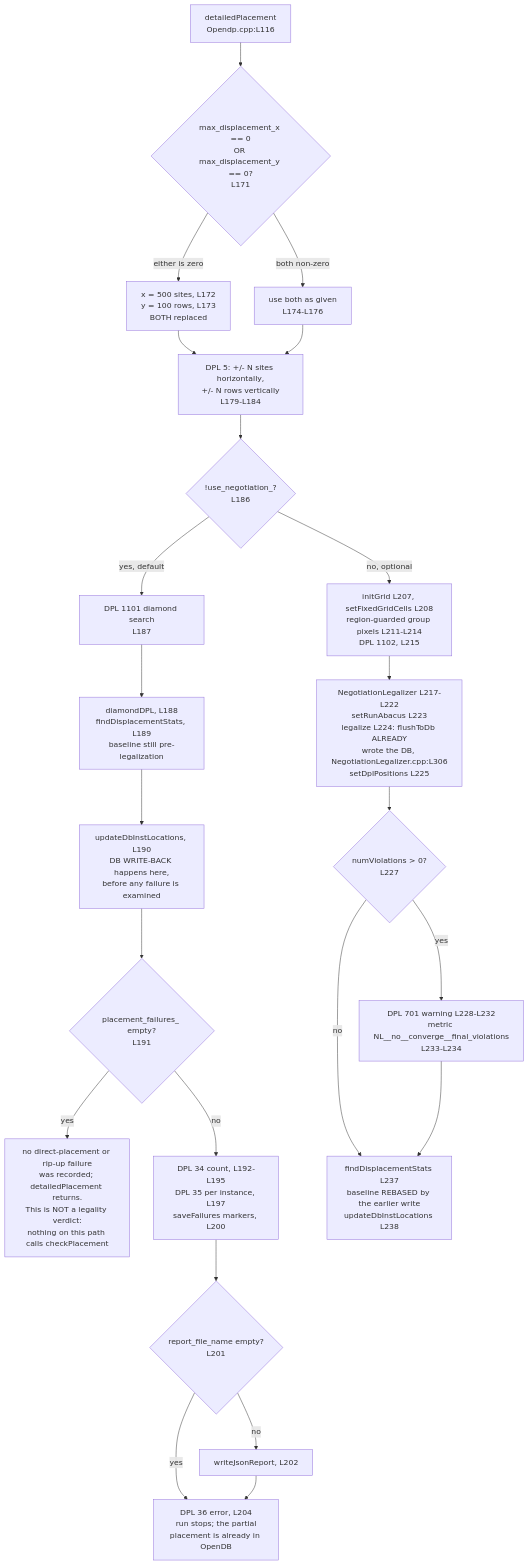
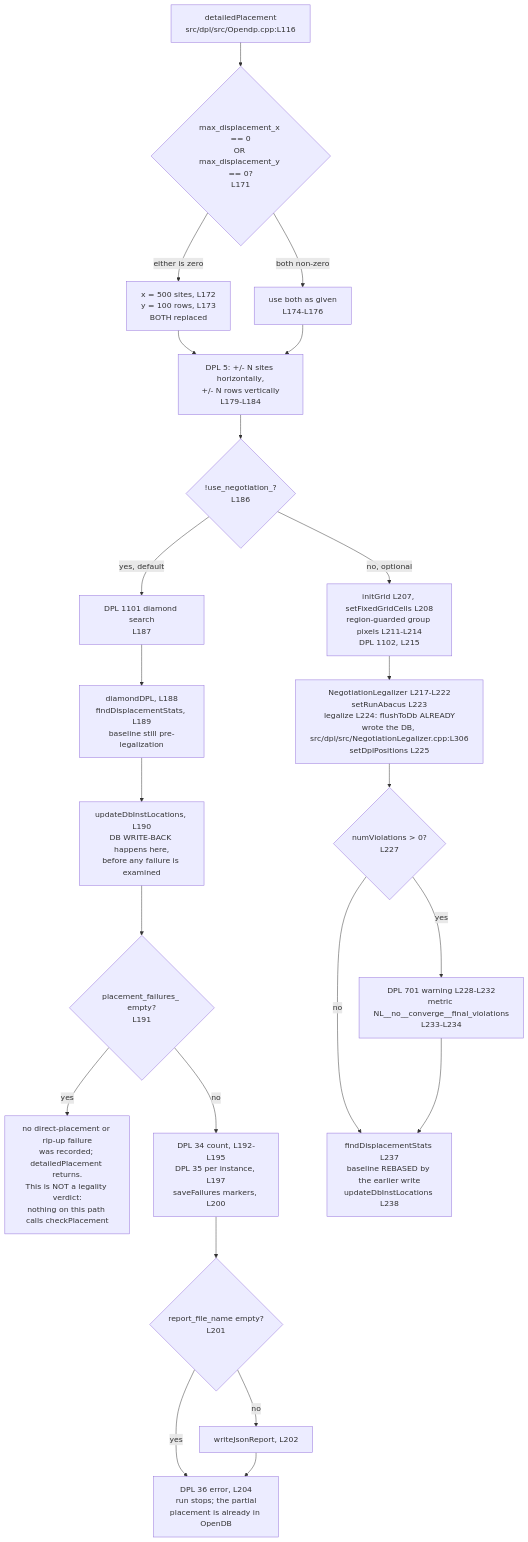
Before and after one commit to blitzy-research/OpenROAD: the seventh of 8 diagrams in src/dpl/doc/LegalizationAlgorithm.md, drawn with Mermaid. The commit also changed other lines of this file and 3 other files, not shown here.

````diff
--- a/src/dpl/doc/LegalizationAlgorithm.md
+++ b/src/dpl/doc/LegalizationAlgorithm.md
@@ -2266,25 +2266,25 @@
 ```mermaid
 flowchart TD
-    A["detailedPlacement<br/>Opendp.cpp:L116"] --> B{"max_displacement_x == 0<br/>OR max_displacement_y == 0?<br/>L171"}
+    A["detailedPlacement<br/>src/dpl/src/Opendp.cpp:L116"] --> B{"max_displacement_x == 0<br/>OR max_displacement_y == 0?<br/>L171"}
     B -->|either is zero| C["x = 500 sites, L172<br/>y = 100 rows, L173<br/>BOTH replaced"]
     B -->|both non-zero| D["use both as given<br/>L174-L176"]
     C --> E["DPL 5: +/- N sites horizontally,<br/>+/- N rows vertically<br/>L179-L184"]
     D --> E
     E --> F{"!use_negotiation_?<br/>L186"}
     F -->|yes, default| G["DPL 1101 diamond search<br/>L187"]
     G --> H["diamondDPL, L188<br/>findDisplacementStats, L189<br/>baseline still pre-legalization"]
     H --> H2["updateDbInstLocations, L190<br/>DB WRITE-BACK happens here,<br/>before any failure is examined"]
     H2 --> I{"placement_failures_ empty?<br/>L191"}
     I -->|yes| J["no direct-placement or rip-up failure<br/>was recorded; detailedPlacement returns.<br/>This is NOT a legality verdict:<br/>nothing on this path calls checkPlacement"]
     I -->|no| K["DPL 34 count, L192-L195<br/>DPL 35 per instance, L197<br/>saveFailures markers, L200"]
     K --> K2{"report_file_name empty?<br/>L201"}
     K2 -->|no| K3["writeJsonReport, L202"]
     K2 -->|yes| K4["DPL 36 error, L204<br/>run stops; the partial<br/>placement is already in OpenDB"]
     K3 --> K4
     F -->|no, optional| L["initGrid L207, setFixedGridCells L208<br/>region-guarded group pixels L211-L214<br/>DPL 1102, L215"]
-    L --> M["NegotiationLegalizer L217-L222<br/>setRunAbacus L223<br/>legalize L224: flushToDb ALREADY<br/>wrote the DB, NegotiationLegalizer.cpp:L306<br/>setDplPositions L225"]
+    L --> M["NegotiationLegalizer L217-L222<br/>setRunAbacus L223<br/>legalize L224: flushToDb ALREADY<br/>wrote the DB, src/dpl/src/NegotiationLegalizer.cpp:L306<br/>setDplPositions L225"]
     M --> N{"numViolations &gt; 0?<br/>L227"}
     N -->|yes| O["DPL 701 warning L228-L232<br/>metric NL__no__converge__final_violations<br/>L233-L234"]
     N -->|no| P["findDisplacementStats L237<br/>baseline REBASED by the earlier write<br/>updateDbInstLocations L238"]
     O --> P
 ```
````
